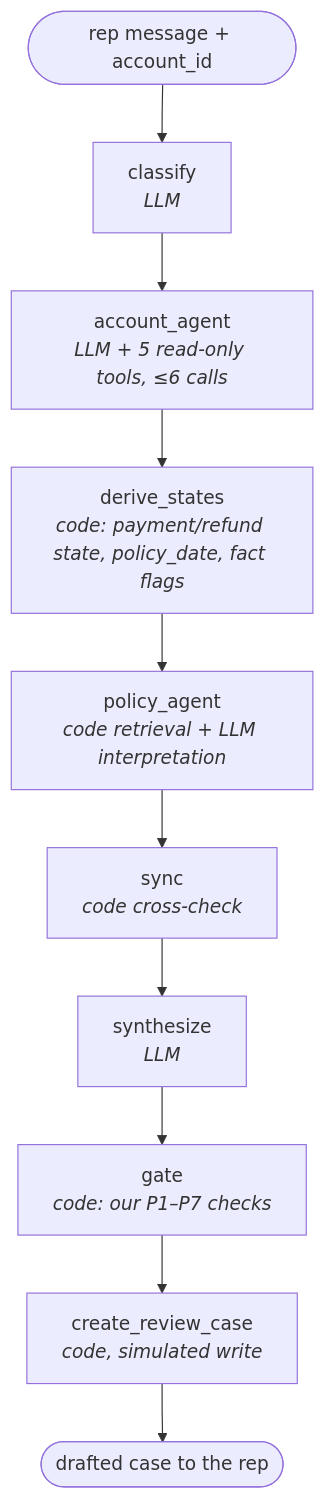
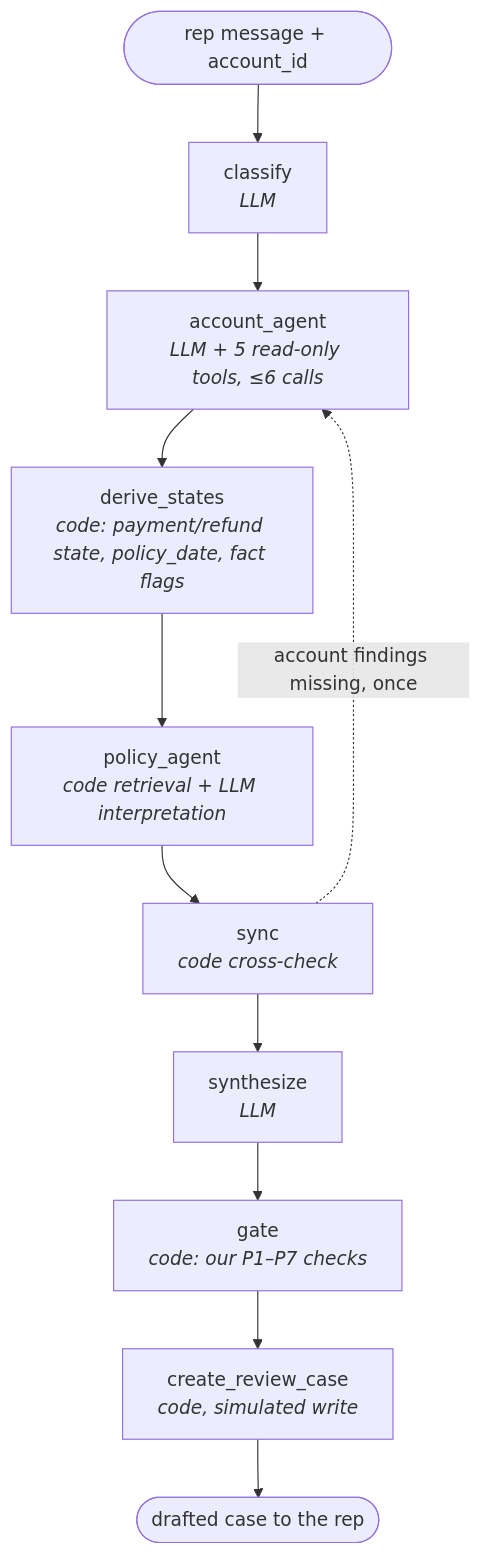
The diagram in docs/architecture.md (ragarwal23/focused-dispute-agent), drawn with Mermaid before and after one commit. The commit also changed other lines of this file and 17 other files, not shown here.

First line of the commit message:
Build the gate, sync and synthesize; fix the first live-run findings

````diff
--- a/docs/architecture.md
+++ b/docs/architecture.md
@@ -31,12 +31,13 @@
 ```mermaid
 flowchart TD
     START([rep message + account_id]) --> classify["classify<br/><i>LLM</i>"]
     classify --> account_agent["account_agent<br/><i>LLM + 5 read-only tools, ≤6 calls</i>"]
     account_agent --> derive_states["derive_states<br/><i>code: payment/refund state, policy_date, fact flags</i>"]
     derive_states --> policy_agent["policy_agent<br/><i>code retrieval + LLM interpretation</i>"]
     policy_agent --> sync["sync<br/><i>code cross-check</i>"]
+    sync -.->|account findings missing, once| account_agent
     sync --> synthesize["synthesize<br/><i>LLM</i>"]
     synthesize --> gate["gate<br/><i>code: our P1–P7 checks</i>"]
     gate --> create_review_case["create_review_case<br/><i>code, simulated write</i>"]
     create_review_case --> END([drafted case to the rep])
 ```
````
